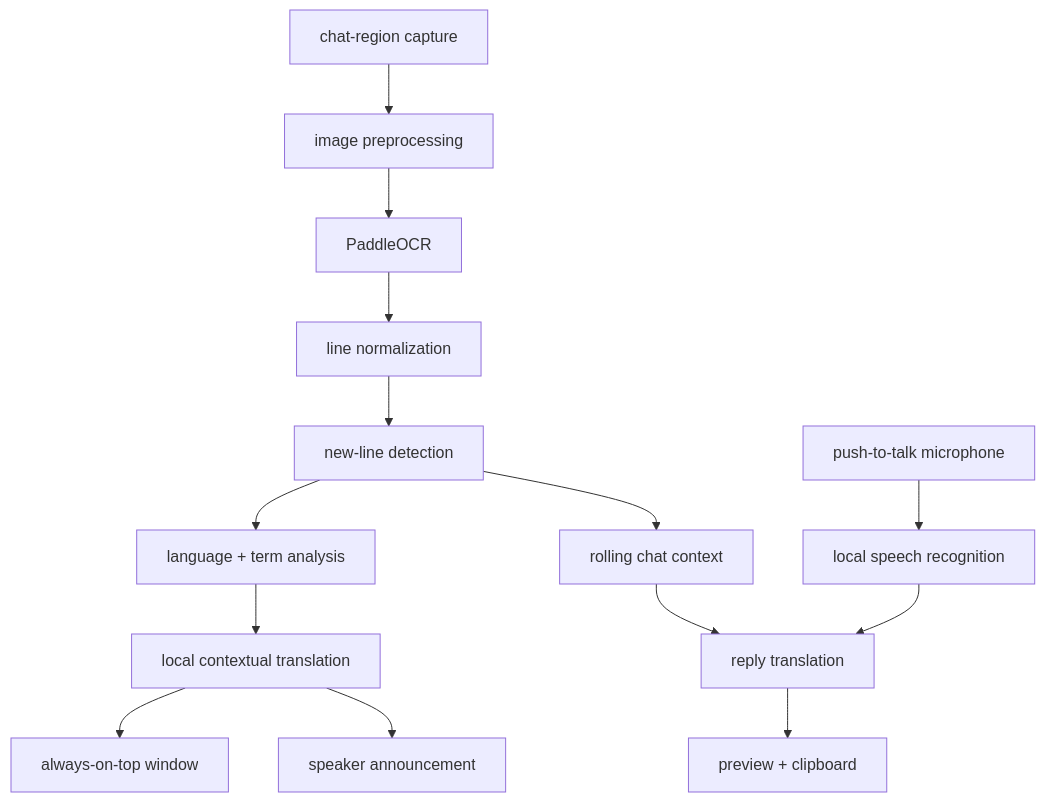
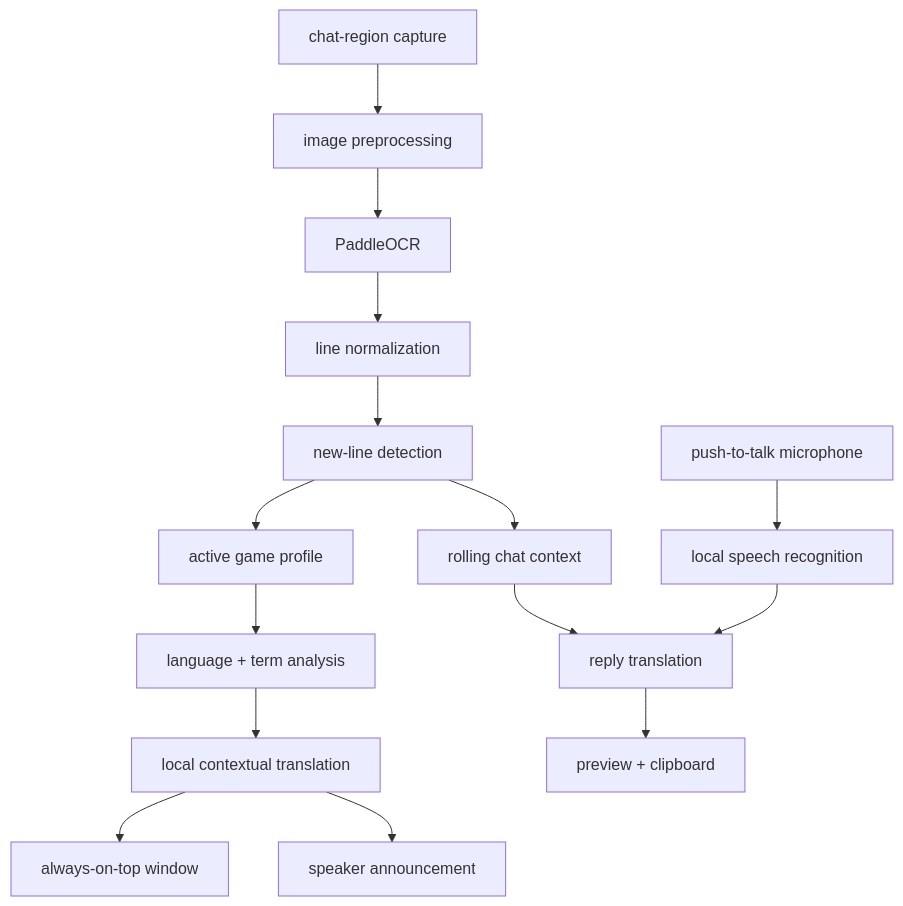
One commit to kazoogh/chat-translator changed the diagram in project_architecture.md. Above: the diagram before and after it, drawn with Mermaid. The commit also changed other lines of this file, not shown here.

Commit message:
docs: generalize into tray app with modular game profiles

````diff
--- a/project_architecture.md
+++ b/project_architecture.md
@@ -86,16 +102,17 @@
 ```mermaid
 flowchart TD
     A["chat-region capture"] --> B["image preprocessing"]
     B --> C["PaddleOCR"]
     C --> D["line normalization"]
     D --> E["new-line detection"]
-    E --> F["language + term analysis"]
+    E --> P["active game profile"]
+    P --> F["language + term analysis"]
     F --> G["local contextual translation"]
     G --> H["always-on-top window"]
     G --> I["speaker announcement"]
     E --> J["rolling chat context"]
     K["push-to-talk microphone"] --> L["local speech recognition"]
     L --> M["reply translation"]
     J --> M
     M --> N["preview + clipboard"]
 ```
````
